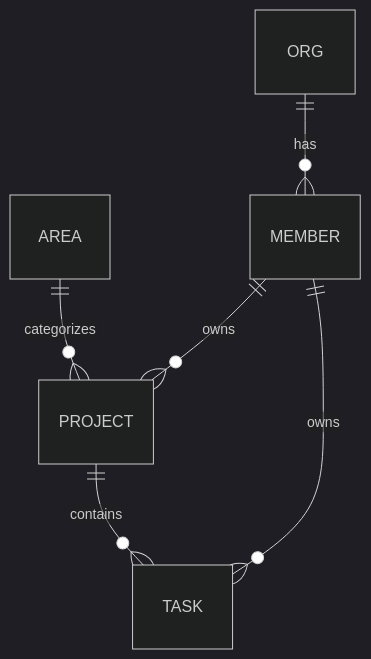
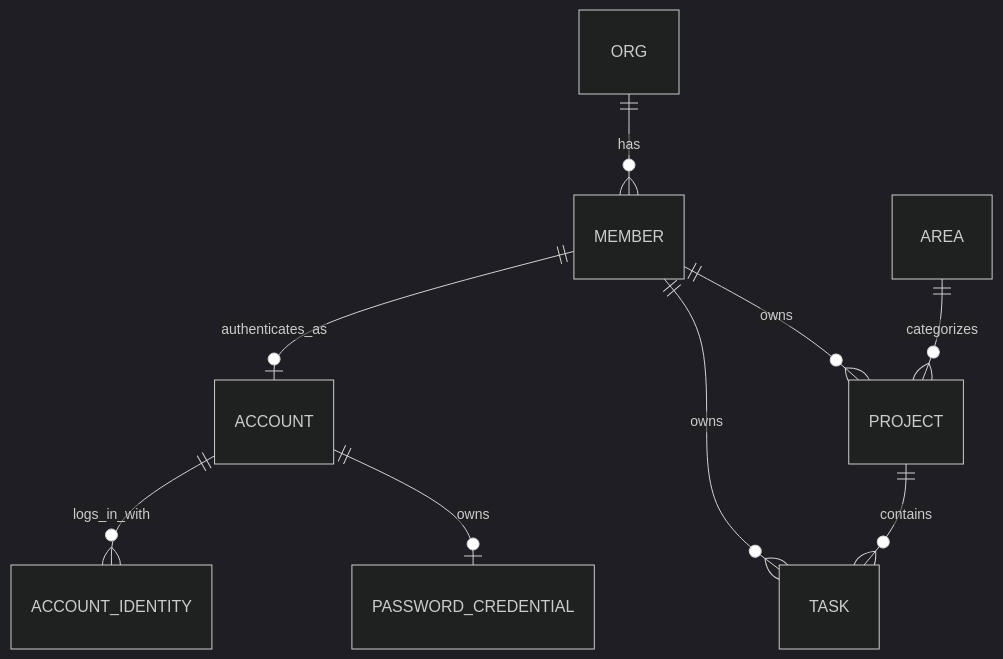
Before and after one commit to wayuwadi/wao: the first of 2 diagrams in docs/database/schema.md, drawn with Mermaid (dark theme). The commit also changed other lines of this file and 56 other files, not shown here.

````diff
--- a/docs/database/schema.md
+++ b/docs/database/schema.md
@@ -16,8 +16,11 @@
 ```mermaid
 erDiagram
     ORG ||--o{ MEMBER : has
+    MEMBER ||--o| ACCOUNT : authenticates_as
+    ACCOUNT ||--o{ ACCOUNT_IDENTITY : logs_in_with
+    ACCOUNT ||--o| PASSWORD_CREDENTIAL : owns
     AREA ||--o{ PROJECT : categorizes
     MEMBER ||--o{ PROJECT : owns
     PROJECT ||--o{ TASK : contains
     MEMBER ||--o{ TASK : owns
 ```
````
